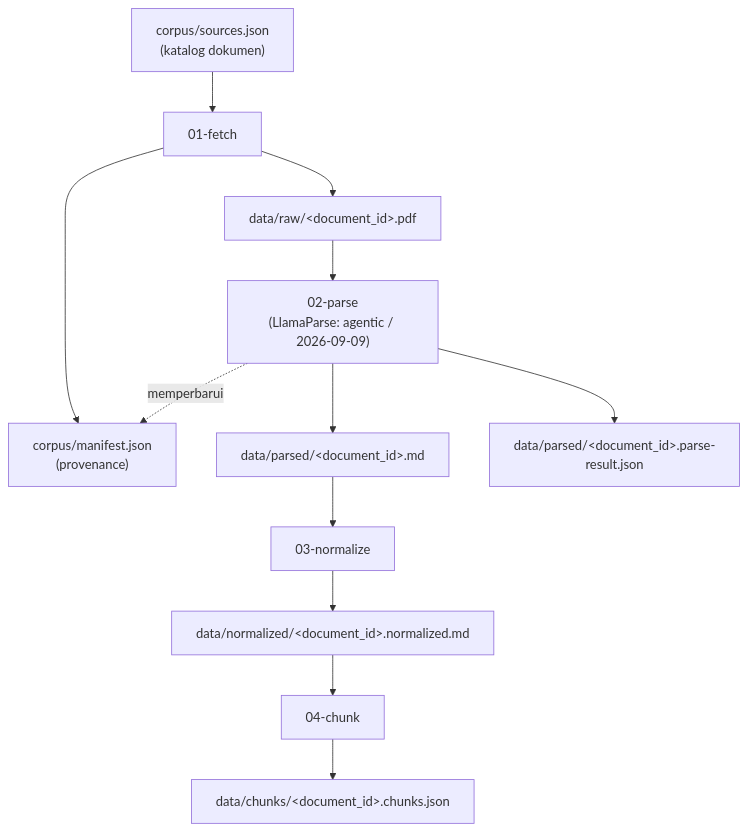
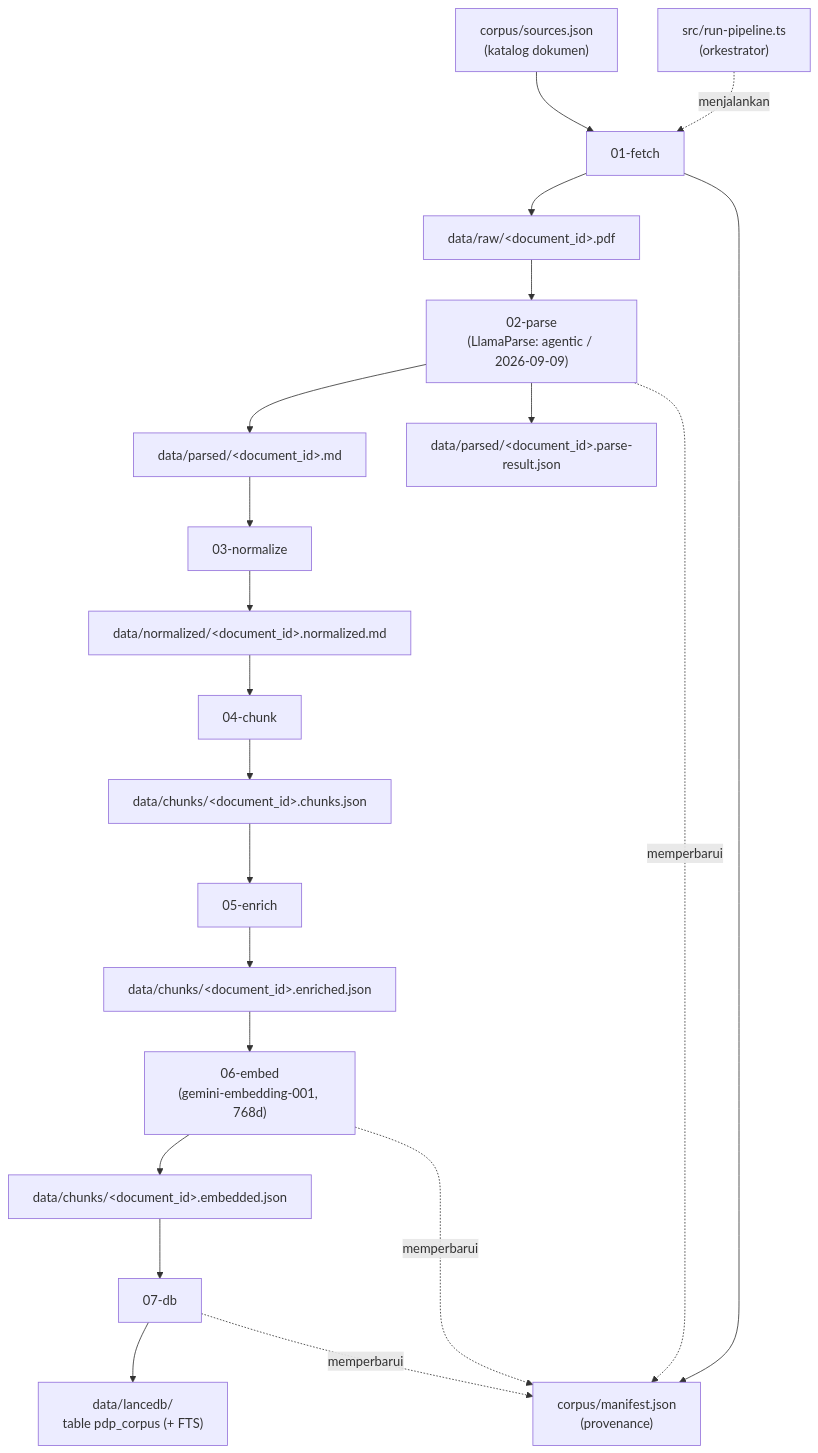
One commit to prayudahlah/rag-kelompok1 changed the diagram in ingestion/README.md. Above: the diagram before and after it, drawn with Mermaid. The commit also changed other lines of this file and 11 other files, not shown here.

````diff
--- a/ingestion/README.md
+++ b/ingestion/README.md
@@ -9,14 +9,23 @@
 ```mermaid
 flowchart TD
   S["corpus/sources.json<br/>(katalog dokumen)"] --> F["01-fetch"]
   F --> R["data/raw/&lt;document_id&gt;.pdf"]
   F --> M["corpus/manifest.json<br/>(provenance)"]
   R --> P["02-parse<br/>(LlamaParse: agentic / 2026-09-09)"]
   P --> PD["data/parsed/&lt;document_id&gt;.md"]
   P --> PJ["data/parsed/&lt;document_id&gt;.parse-result.json"]
   P -. memperbarui .-> M
   PD --> N["03-normalize"]
   N --> ND["data/normalized/&lt;document_id&gt;.normalized.md"]
   ND --> C["04-chunk"]
   C --> CD["data/chunks/&lt;document_id&gt;.chunks.json"]
+  CD --> E["05-enrich"]
+  E --> ED["data/chunks/&lt;document_id&gt;.enriched.json"]
+  ED --> EM["06-embed<br/>(gemini-embedding-001, 768d)"]
+  EM --> EBD["data/chunks/&lt;document_id&gt;.embedded.json"]
+  EM -. memperbarui .-> M
+  EBD --> DB["07-db"]
+  DB --> LDB["data/lancedb/<br/>table pdp_corpus (+ FTS)"]
+  DB -. memperbarui .-> M
+  O["src/run-pipeline.ts<br/>(orkestrator)"] -. menjalankan .-> F
 ```
````
